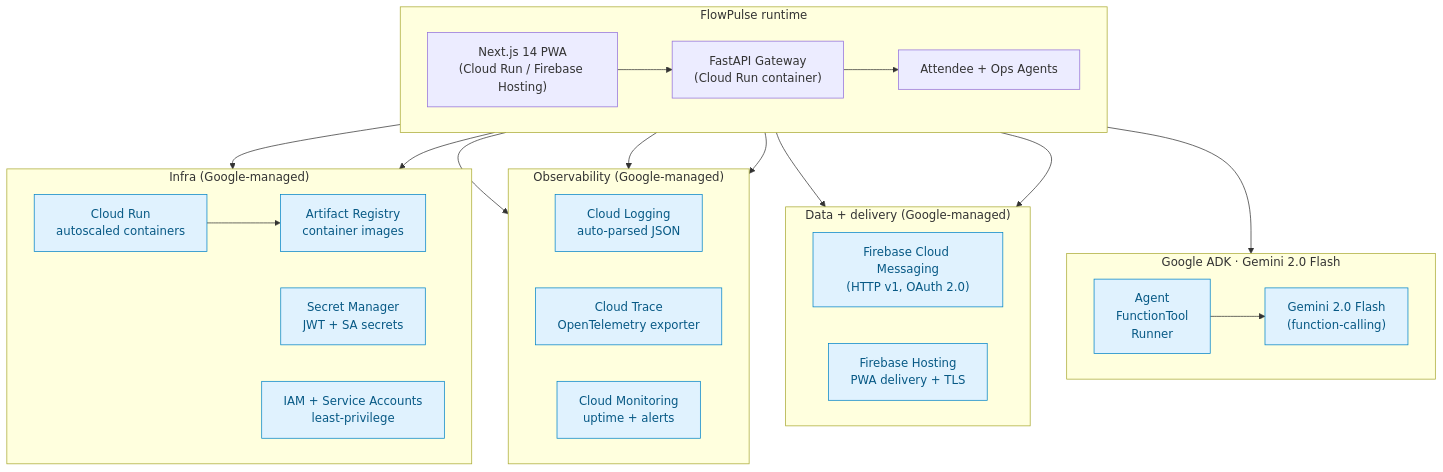
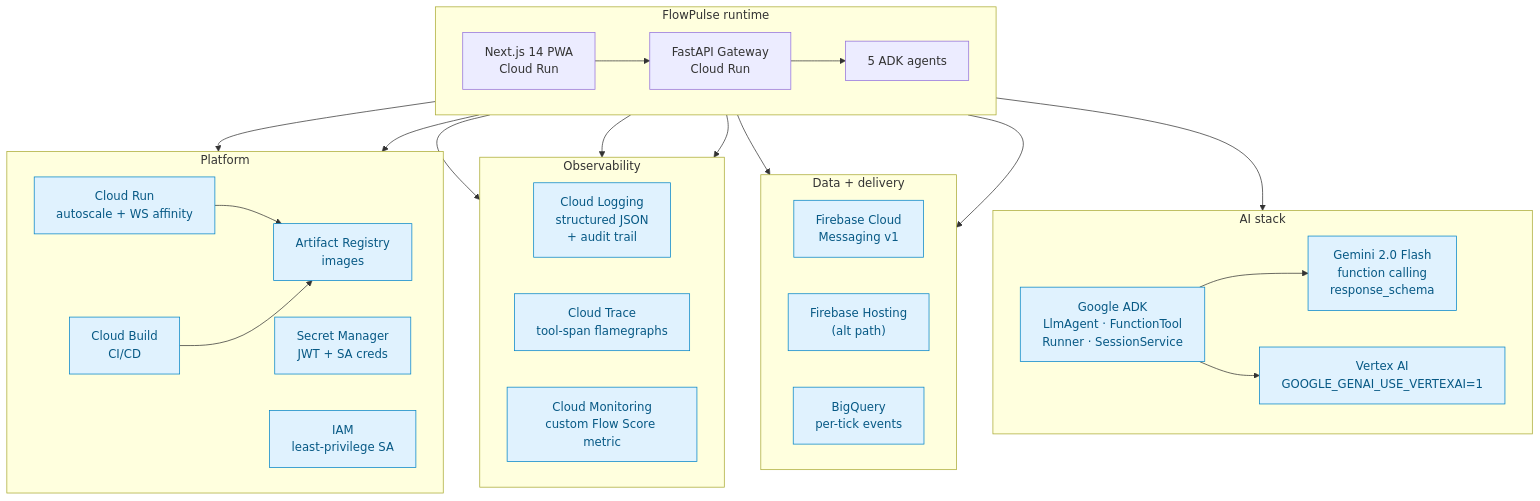
The first of 6 diagrams in README.md (shri-ram07/FlowPulse), drawn with Mermaid before and after one commit. The commit also changed other lines of this file and 69 other files, not shown here.

First line of the commit message:
feat: rank-1 upgrade — multi-agent ADK, observability, accessibility, hardening

````diff
--- a/README.md
+++ b/README.md
@@ -37,50 +69,55 @@
 ```mermaid
 flowchart TB
     subgraph APP ["FlowPulse runtime"]
         direction LR
-        FE["Next.js 14 PWA<br/>(Cloud Run / Firebase Hosting)"]
-        BE["FastAPI Gateway<br/>(Cloud Run container)"]
-        AG["Attendee + Ops Agents"]
+        FE["Next.js 14 PWA<br/>Cloud Run"]
+        BE["FastAPI Gateway<br/>Cloud Run"]
+        AG["5 ADK agents"]
     end
 
-    subgraph ADK ["Google ADK · Gemini 2.0 Flash"]
+    subgraph AI ["AI stack"]
         direction LR
-        AGR["Agent<br/>FunctionTool<br/>Runner"]
-        GEM["Gemini 2.0 Flash<br/>(function-calling)"]
+        ADK["Google ADK<br/>LlmAgent · FunctionTool<br/>Runner · SessionService"]
+        GEM["Gemini 2.0 Flash<br/>function calling<br/>response_schema"]
+        VER["Vertex AI<br/>GOOGLE_GENAI_USE_VERTEXAI=1"]
     end
 
-    subgraph DATA ["Data + delivery (Google-managed)"]
+    subgraph DATA ["Data + delivery"]
         direction LR
-        FCM["Firebase Cloud Messaging<br/>(HTTP v1, OAuth 2.0)"]
-        FIR["Firebase Hosting<br/>PWA delivery + TLS"]
+        FCM["Firebase Cloud<br/>Messaging v1"]
+        FIR["Firebase Hosting<br/>(alt path)"]
+        BQ["BigQuery<br/>per-tick events"]
     end
 
-    subgraph OBS ["Observability (Google-managed)"]
+    subgraph OBS ["Observability"]
         direction LR
-        LOG["Cloud Logging<br/>auto-parsed JSON"]
-        TRC["Cloud Trace<br/>OpenTelemetry exporter"]
-        MON["Cloud Monitoring<br/>uptime + alerts"]
+        LOG["Cloud Logging<br/>structured JSON<br/>+ audit trail"]
+        TRC["Cloud Trace<br/>tool-span flamegraphs"]
+        MON["Cloud Monitoring<br/>custom Flow Score metric"]
     end
 
-    subgraph INFRA ["Infra (Google-managed)"]
+    subgraph INFRA ["Platform"]
         direction LR
-        CR["Cloud Run<br/>autoscaled containers"]
-        AR["Artifact Registry<br/>container images"]
-        SM["Secret Manager<br/>JWT + SA secrets"]
-        IAM["IAM + Service Accounts<br/>least-privilege"]
+        CR["Cloud Run<br/>autoscale + WS affinity"]
+        AR["Artifact Registry<br/>images"]
+        CB["Cloud Build<br/>CI/CD"]
+        SM["Secret Manager<br/>JWT + SA creds"]
+        IAM["IAM<br/>least-privilege SA"]
     end
 
     FE --> BE
-    BE --> AG --> AGR --> GEM
+    BE --> AG --> ADK --> GEM
+    ADK --> VER
     BE --> FCM
-    FE --> FIR
+    BE --> BQ
     BE --> LOG
     BE --> TRC
     BE --> MON
     CR --> AR
+    CB --> AR
     BE --> SM
     BE --> IAM
 
     classDef g fill:#e0f2fe,stroke:#0284c7,color:#075985;
-    class FCM,FIR,LOG,TRC,MON,CR,AR,SM,IAM,AGR,GEM g;
+    class ADK,GEM,VER,FCM,FIR,BQ,LOG,TRC,MON,CR,AR,CB,SM,IAM g;
 ```
````
